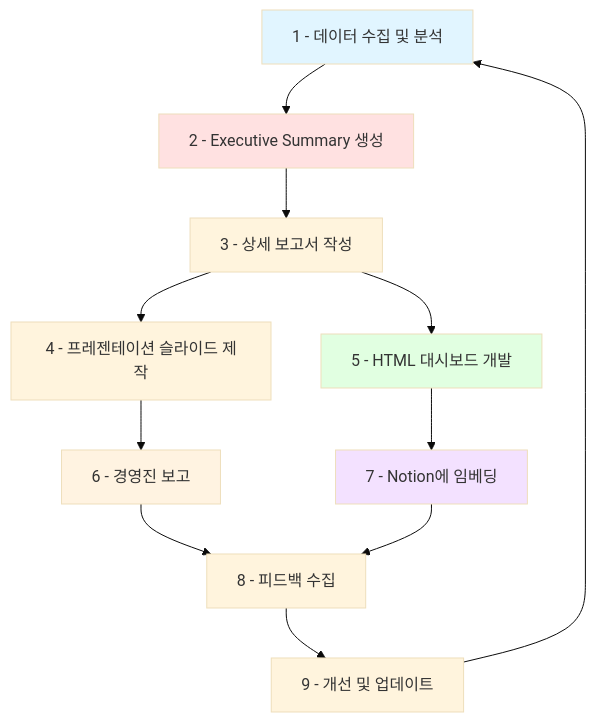
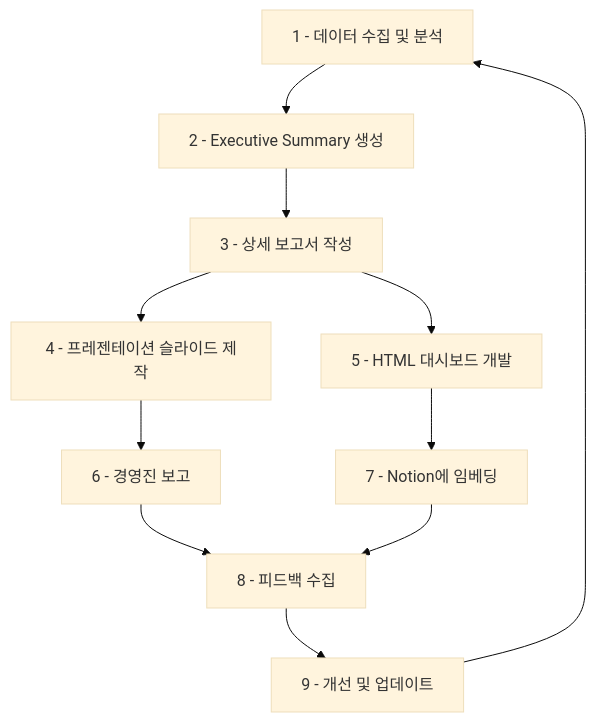
Before and after one commit to nugurejeil/weniVooks: the fourth of 4 diagrams in _md/genai-notion/chapter05/05-2.md, drawn with Mermaid (base theme). The commit also changed other lines of this file and 187 other files, not shown here.

````diff
--- a/_md/genai-notion/chapter05/05-2.md
+++ b/_md/genai-notion/chapter05/05-2.md
@@ -751,22 +755,16 @@
 ```mermaid
 graph TD
     A[1 - 데이터 수집 및 분석] --> B[2 - Executive Summary 생성]
     B --> C[3 - 상세 보고서 작성]
     C --> D[4 - 프레젠테이션 슬라이드 제작]
     C --> E[5 - HTML 대시보드 개발]
 
     D --> F[6 - 경영진 보고]
     E --> G[7 - Notion에 임베딩]
 
     F --> H[8 - 피드백 수집]
     G --> H
 
-    H --> I[9 - 개선 및 업데이트]
+    H --> I["9 - 개선 및 업데이트"]
     I --> A
-
-    style A fill:#e1f5ff
-    style B fill:#ffe1e1
-    style E fill:#e1ffe1
-    style F fill:#fff3e1
-    style G fill:#f3e1ff
 ```
````
